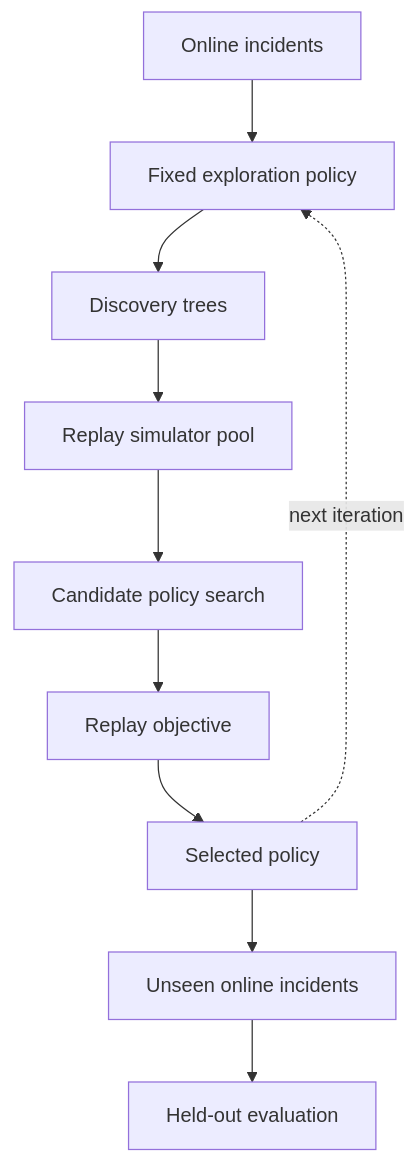
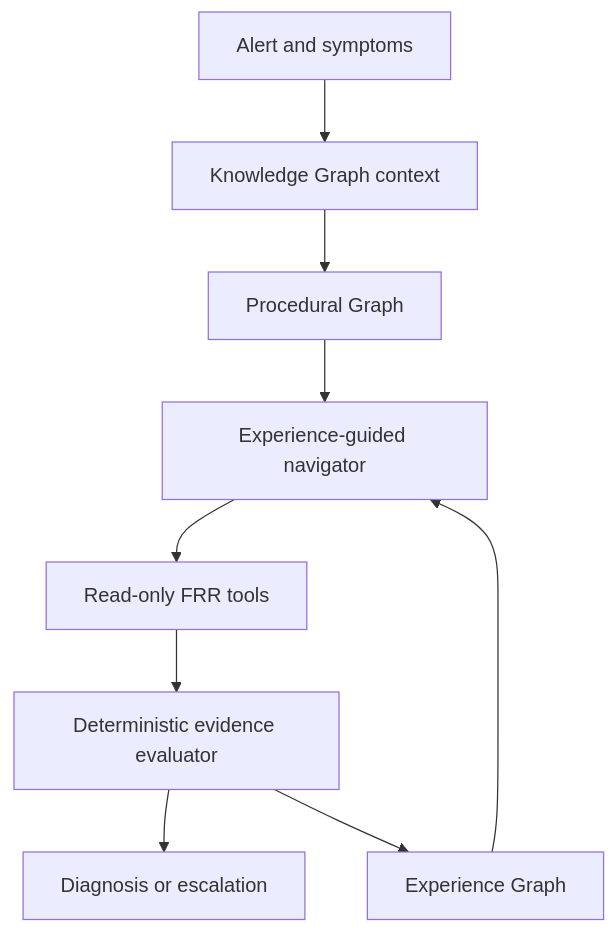
The diagram in README.md (eduardd76/DreamNet), drawn with Mermaid before and after one commit. The commit also changed other lines of this file and 42 other files, not shown here.

Commit message:
Build adaptive BGP procedural graph engine

````diff
--- a/README.md
+++ b/README.md
@@ -78,12 +87,11 @@
 ```mermaid
 flowchart TD
-    A[Online incidents] --> B[Fixed exploration policy]
-    B --> C[Discovery trees]
-    C --> D[Replay simulator pool]
-    D --> E[Candidate policy search]
-    E --> F[Replay objective]
-    F --> G[Selected policy]
-    G --> H[Unseen online incidents]
-    H --> I[Held-out evaluation]
-    G -. next iteration .-> B
+    A[Alert and symptoms] --> B[Knowledge Graph context]
+    B --> C[Procedural Graph]
+    C --> D[Experience-guided navigator]
+    D --> E[Read-only FRR tools]
+    E --> F[Deterministic evidence evaluator]
+    F --> G[Diagnosis or escalation]
+    F --> H[Experience Graph]
+    H --> D
 ```
````
